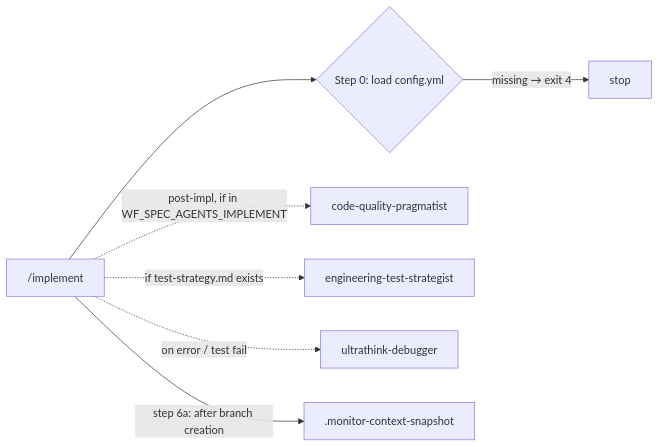
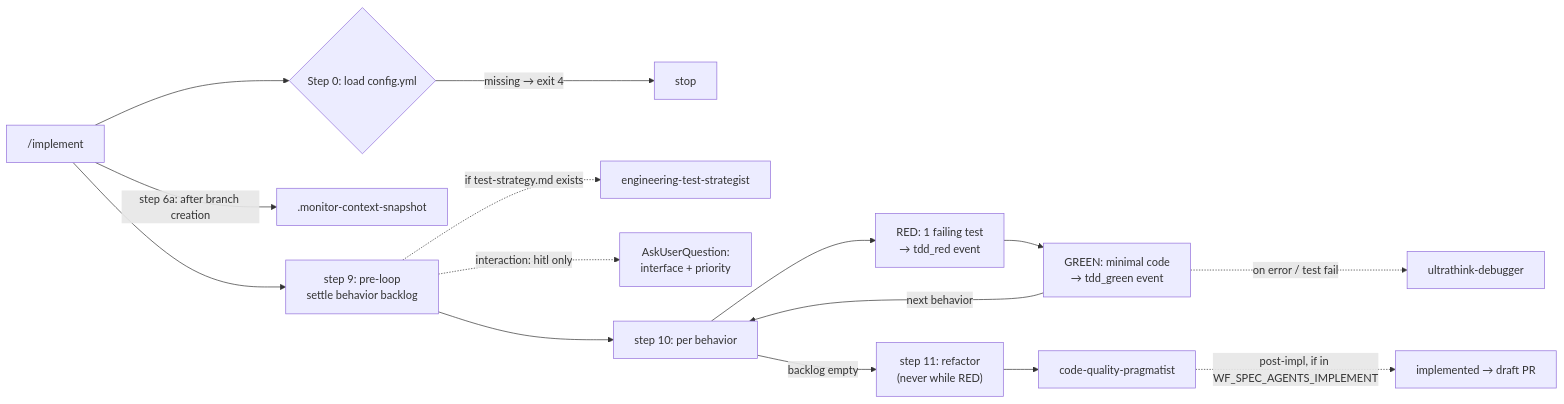
The ninth of 16 diagrams in docs/workflow-diagram.md (AlarQ/SDD-hub), drawn with Mermaid before and after one commit. The commit also changed other lines of this file and 8 other files, not shown here.

````diff
--- a/docs/workflow-diagram.md
+++ b/docs/workflow-diagram.md
@@ -337,9 +337,17 @@
 ```mermaid
 graph LR
     IM["/implement"] --> CFG0{Step 0: load config.yml}
     CFG0 -->|missing → exit 4| STOP_IM[stop]
-    IM -.->|post-impl, if in WF_SPEC_AGENTS_IMPLEMENT| CQP[code-quality-pragmatist]
-    IM -.->|if test-strategy.md exists| TSG[engineering-test-strategist]
-    IM -.->|on error / test fail| UD[ultrathink-debugger]
     IM -->|step 6a: after branch creation| SNAP[.monitor-context-snapshot]
+    IM --> S9["step 9: pre-loop<br/>settle behavior backlog"]
+    S9 -.->|if test-strategy.md exists| TSG[engineering-test-strategist]
+    S9 -.->|interaction: hitl only| HITL[AskUserQuestion:<br/>interface + priority]
+    S9 --> LOOP["step 10: per behavior"]
+    LOOP --> RED["RED: 1 failing test<br/>→ tdd_red event"]
+    RED --> GREEN["GREEN: minimal code<br/>→ tdd_green event"]
+    GREEN -.->|on error / test fail| UD[ultrathink-debugger]
+    GREEN -->|next behavior| LOOP
+    LOOP -->|backlog empty| RF["step 11: refactor<br/>(never while RED)"]
+    RF --> CQP2[code-quality-pragmatist]
+    CQP2 -.->|post-impl, if in WF_SPEC_AGENTS_IMPLEMENT| DONE[implemented → draft PR]
 ```
````
